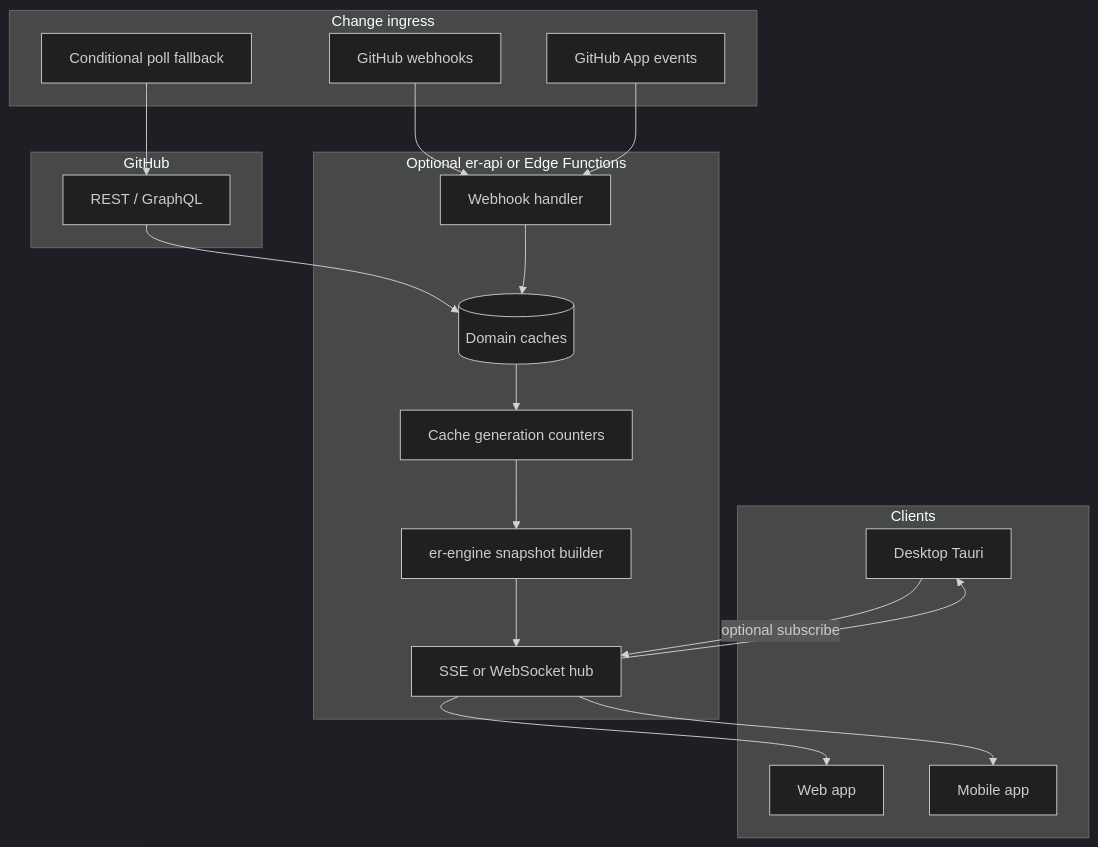
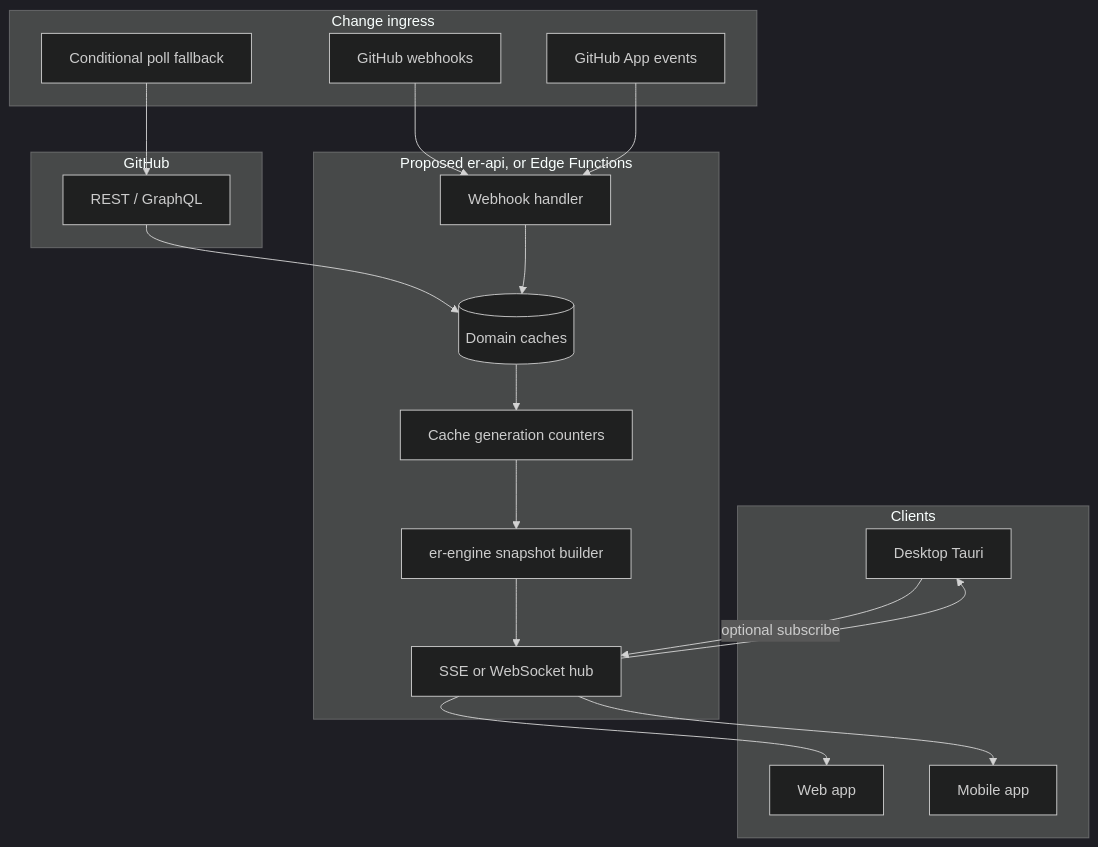
The diagram in docs/github-sync-architecture.md (VilfredSikker/easy-review), drawn with Mermaid (dark theme) before and after one commit. The commit also changed other lines of this file and 240 other files, not shown here.

````diff
--- a/docs/github-sync-architecture.md
+++ b/docs/github-sync-architecture.md
@@ -39,39 +31,39 @@
 ```mermaid
 flowchart TB
   subgraph clients [Clients]
     Desktop[Desktop Tauri]
     Web[Web app]
     Mobile[Mobile app]
   end
 
   subgraph ingress [Change ingress]
     WH[GitHub webhooks]
     AppEvt[GitHub App events]
     PollFallback[Conditional poll fallback]
   end
 
-  subgraph erCloud [Optional er-api or Edge Functions]
+  subgraph erCloud [Proposed er-api, or Edge Functions]
     WHIn[Webhook handler]
     Cache[(Domain caches)]
     Gen[Cache generation counters]
     Engine[er-engine snapshot builder]
     Hub[SSE or WebSocket hub]
   end
 
   subgraph github [GitHub]
     API[REST / GraphQL]
   end
 
   WH --> WHIn
   AppEvt --> WHIn
   API --> Cache
   PollFallback --> API
   WHIn --> Cache
   Cache --> Gen
   Gen --> Engine
   Engine --> Hub
   Hub --> Desktop
   Hub --> Web
   Hub --> Mobile
   Desktop -->|optional subscribe| Hub
 ```
````
